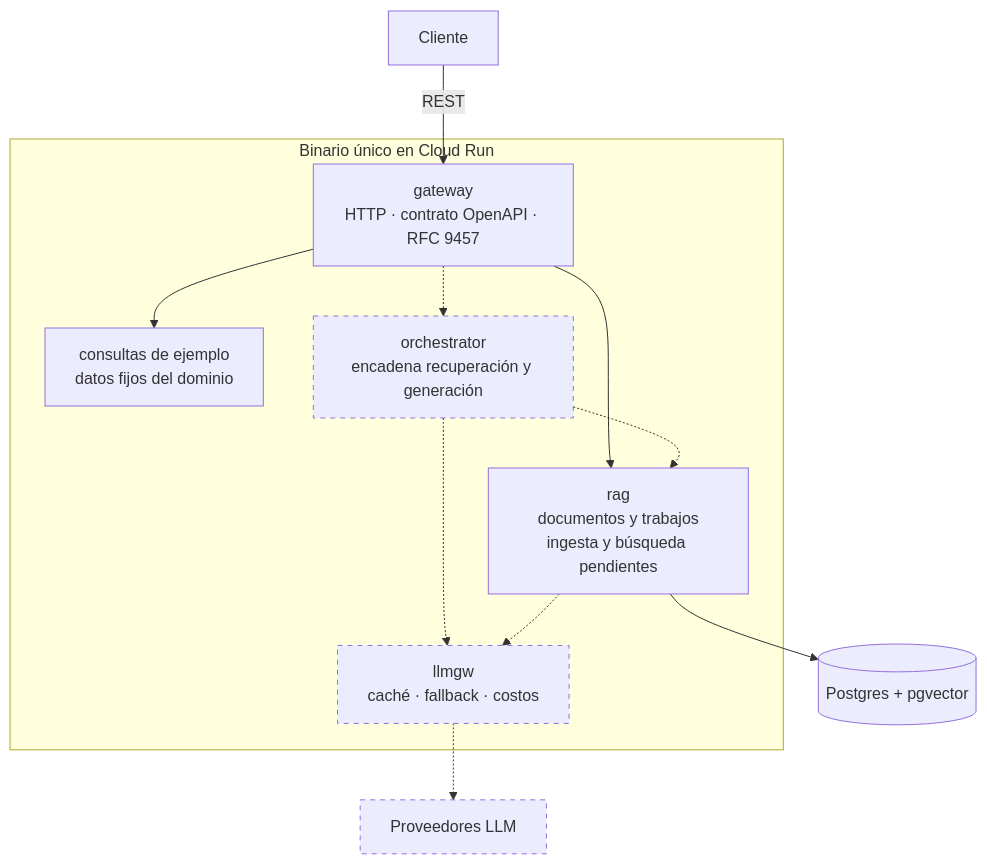
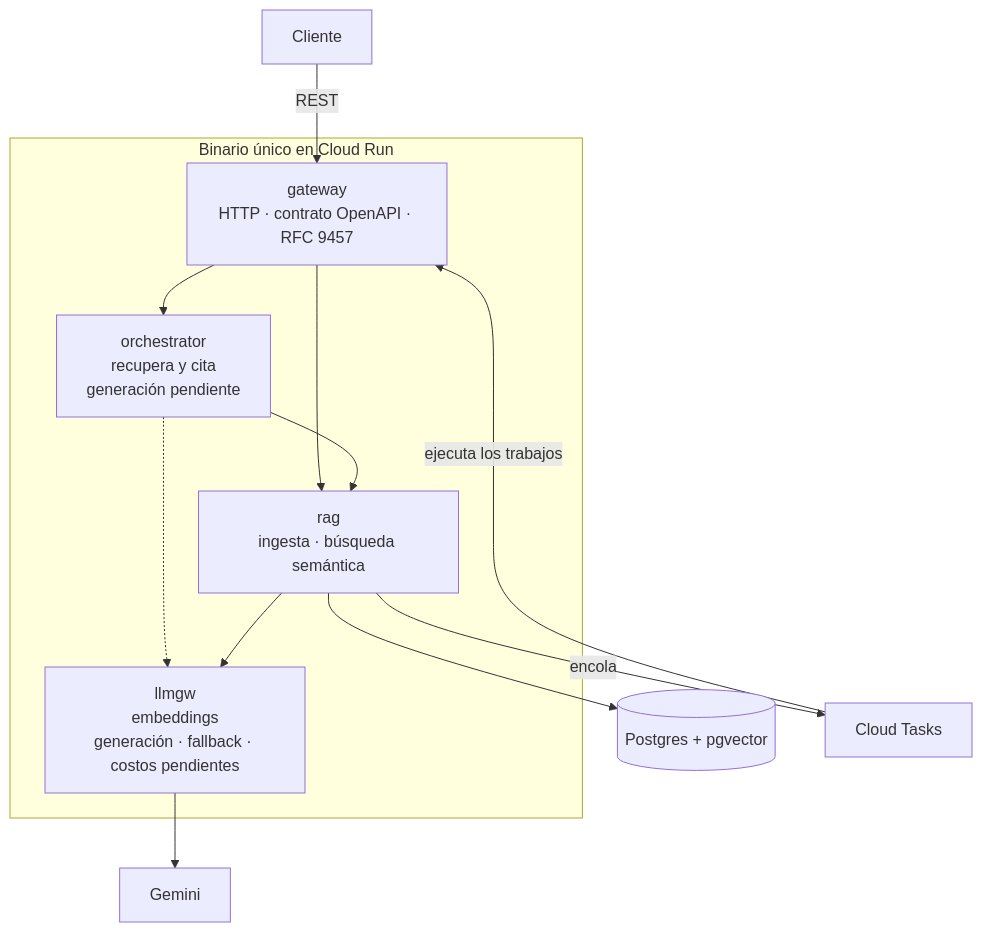
The diagram in README.md (rodroguett/ai-doc-platform), drawn with Mermaid before and after one commit. The commit also changed other lines of this file and 23 other files, not shown here.

First line of the commit message:
feat(orchestrator): responder consultas con pasajes reales del corpus (#52)

````diff
--- a/README.md
+++ b/README.md
@@ -64,25 +66,22 @@
 ```mermaid
 graph TD
     Cliente[Cliente]
 
     subgraph Binario["Binario único en Cloud Run"]
         GW[gateway<br/>HTTP · contrato OpenAPI · RFC 9457]
-        EX[consultas de ejemplo<br/>datos fijos del dominio]
-        ORC[orchestrator<br/>encadena recuperación y generación]
-        RAG[rag<br/>documentos y trabajos<br/>ingesta y búsqueda pendientes]
-        LLM[llmgw<br/>caché · fallback · costos]
+        ORC[orchestrator<br/>recupera y cita<br/>generación pendiente]
+        RAG[rag<br/>ingesta · búsqueda semántica]
+        LLM[llmgw<br/>embeddings<br/>generación · fallback · costos pendientes]
     end
 
     Cliente -->|REST| GW
-    GW --> EX
-    GW -.-> ORC
+    GW --> ORC
     GW --> RAG
-    ORC -.-> RAG
+    ORC --> RAG
     ORC -.-> LLM
-    RAG -.-> LLM
+    RAG --> LLM
     RAG --> PG[(Postgres + pgvector)]
-    LLM -.-> PROV[Proveedores LLM]
-
-    classDef planned stroke-dasharray: 5 5
-    class ORC,LLM,PROV planned
+    LLM --> PROV[Gemini]
+    TASKS[Cloud Tasks] -->|ejecuta los trabajos| GW
+    RAG -->|encola| TASKS
 ```
````
